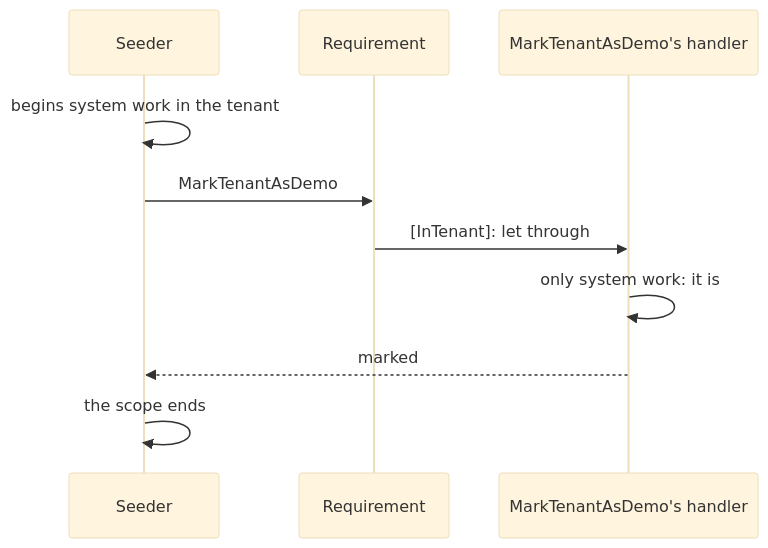
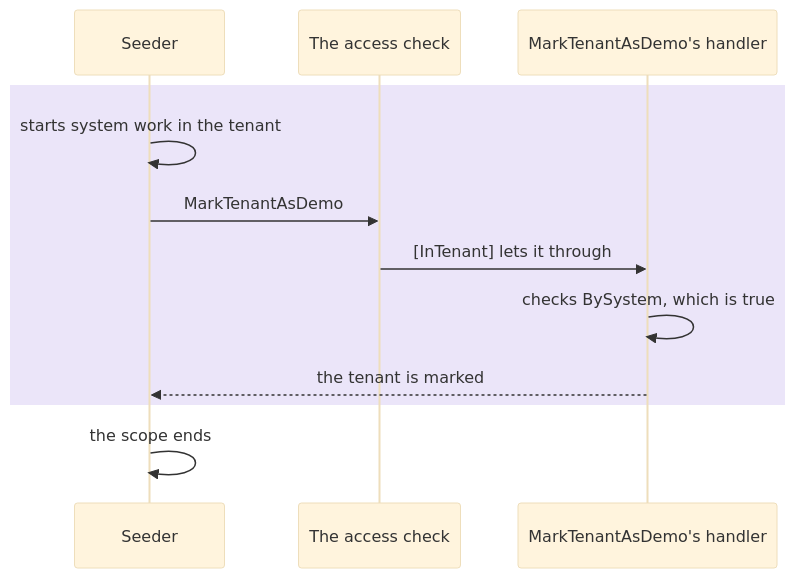
The eighth of 10 diagrams in docs/access-requirements.md (DylanSnel/DDDToolkit), drawn with Mermaid (base theme) before and after one commit. The commit also changed other lines of this file and 41 other files, not shown here.

First line of the commit message:
Docs: plain prose, one word per concept, and readable diagrams on every page

````diff
--- a/docs/access-requirements.md
+++ b/docs/access-requirements.md
@@ -958,12 +1098,14 @@
 ```mermaid
 sequenceDiagram
     participant Seeder
-    participant Door as Requirement
+    participant Check as The access check
     participant Handler as MarkTenantAsDemo's handler
-    Seeder->>Seeder: begins system work in the tenant
-    Seeder->>Door: MarkTenantAsDemo
-    Door->>Handler: [InTenant]: let through
-    Handler->>Handler: only system work: it is
-    Handler-->>Seeder: marked
+    rect rgba(91, 46, 201, 0.12)
+    Seeder->>Seeder: starts system work in the tenant
+    Seeder->>Check: MarkTenantAsDemo
+    Check->>Handler: [InTenant] lets it through
+    Handler->>Handler: checks BySystem, which is true
+    Handler-->>Seeder: the tenant is marked
+    end
     Seeder->>Seeder: the scope ends
 ```
````
